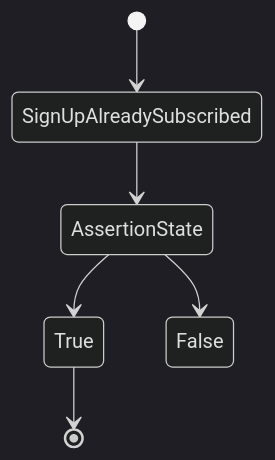
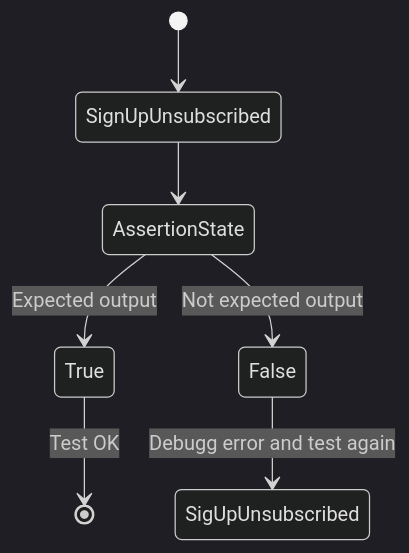
Before and after one commit to Emsaso/GetNews: the seventh of 12 diagrams in model/TestModel.md, drawn with Mermaid (dark theme). The commit also changed other lines of this file, not shown here.

````diff
--- a/model/TestModel.md
+++ b/model/TestModel.md
@@ -145,11 +149,12 @@
 ```mermaid
 stateDiagram-v2
-    [*] --> SignUpAlreadySubscribed
-        SignUpAlreadySubscribed --> AssertionState
+    [*] --> SignUpUnsubscribed
+        SignUpUnsubscribed --> AssertionState
         
-        AssertionState --> True
-        AssertionState --> False
-        True --> [*]
-        False
+        AssertionState --> True:Expected output
+        AssertionState --> False:Not expected output
+        
+        True --> [*]:Test OK
+        False --> SigUpUnsubscribed:Debugg error and test again
 
 ```
````
